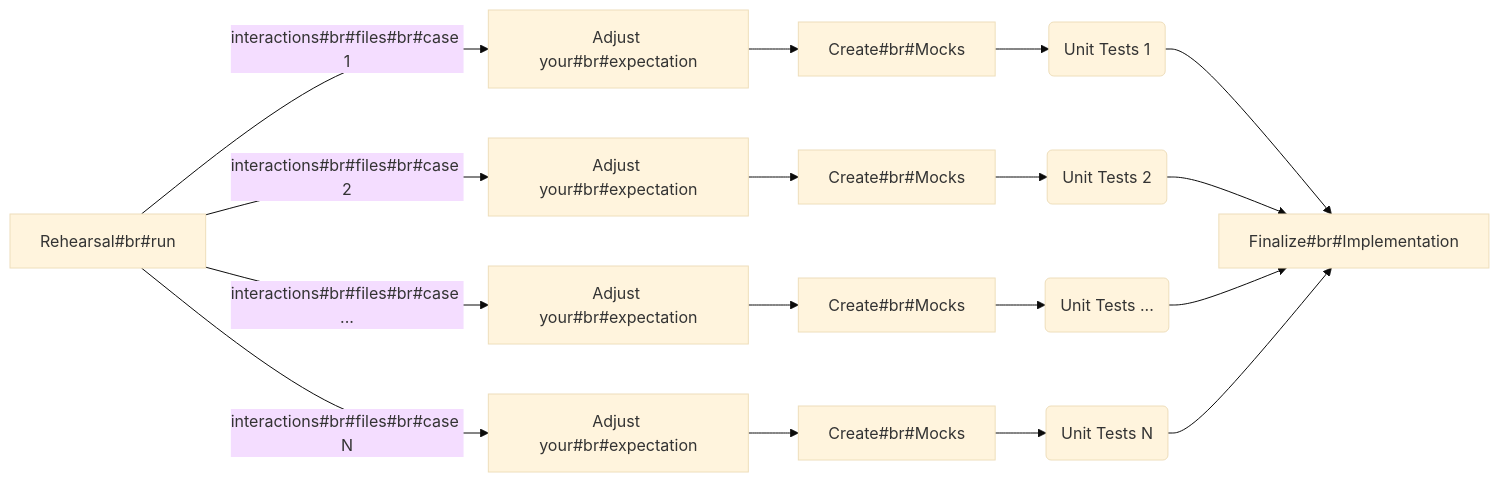
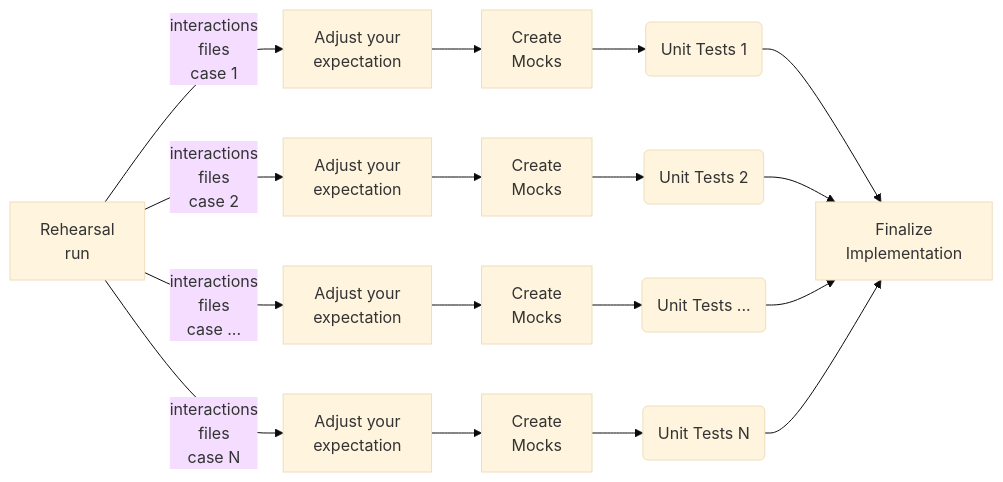
Before and after one commit to kevinchwong/rehearser-examples: the first of 2 diagrams in README.md, drawn with Mermaid (base theme).

Commit message:
Fix Quick Start

````diff
--- a/README.md
+++ b/README.md
@@ -5,8 +5,8 @@
 ```mermaid
 graph LR
 
-R["Rehearsal#br#run"]--"interactions#br#files#br#case 1"-->A1["Adjust your#br#expectation"]-->C1["Create#br#Mocks"]-->U1("Unit Tests 1")-->F["Finalize#br#Implementation"]
-R["Rehearsal#br#run"]--"interactions#br#files#br#case 2"-->A2["Adjust your#br#expectation"]-->C2["Create#br#Mocks"]-->U2("Unit Tests 2")-->F["Finalize#br#Implementation"]
-R["Rehearsal#br#run"]--"interactions#br#files#br#case ..."-->A3["Adjust your#br#expectation"]-->C3["Create#br#Mocks"]-->U3("Unit Tests ...")-->F["Finalize#br#Implementation"]
-R["Rehearsal#br#run"]--"interactions#br#files#br#case N"-->AN["Adjust your#br#expectation"]-->CN["Create#br#Mocks"]-->UN("Unit Tests N")-->F["Finalize#br#Implementation"]
+R["Rehearsal<br>run"]--"interactions<br>files<br>case 1"-->A1["Adjust your<br>expectation"]-->C1["Create<br>Mocks"]-->U1("Unit Tests 1")-->F["Finalize<br>Implementation"]
+R["Rehearsal<br>run"]--"interactions<br>files<br>case 2"-->A2["Adjust your<br>expectation"]-->C2["Create<br>Mocks"]-->U2("Unit Tests 2")-->F["Finalize<br>Implementation"]
+R["Rehearsal<br>run"]--"interactions<br>files<br>case ..."-->A3["Adjust your<br>expectation"]-->C3["Create<br>Mocks"]-->U3("Unit Tests ...")-->F["Finalize<br>Implementation"]
+R["Rehearsal<br>run"]--"interactions<br>files<br>case N"-->AN["Adjust your<br>expectation"]-->CN["Create<br>Mocks"]-->UN("Unit Tests N")-->F["Finalize<br>Implementation"]
 ```
````
